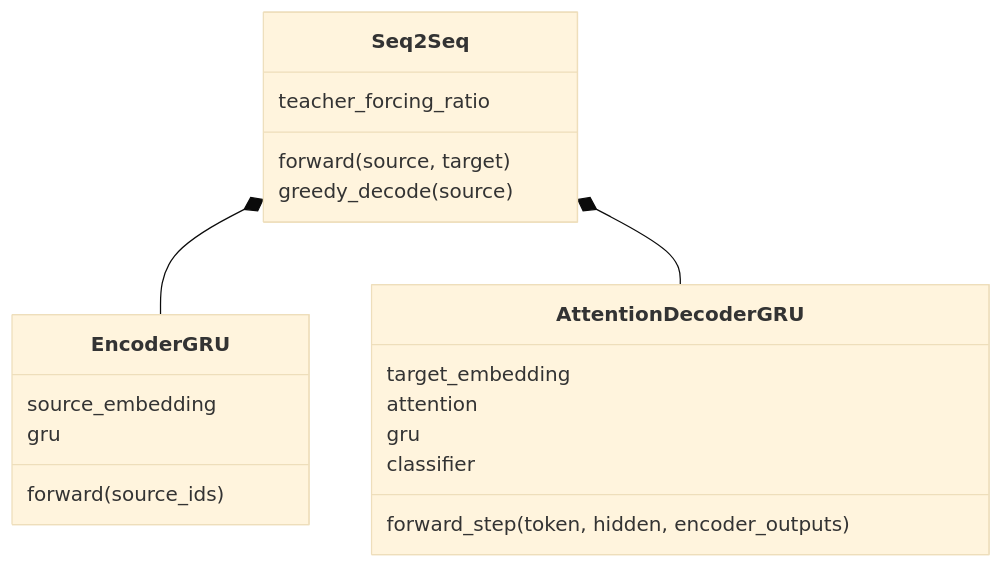
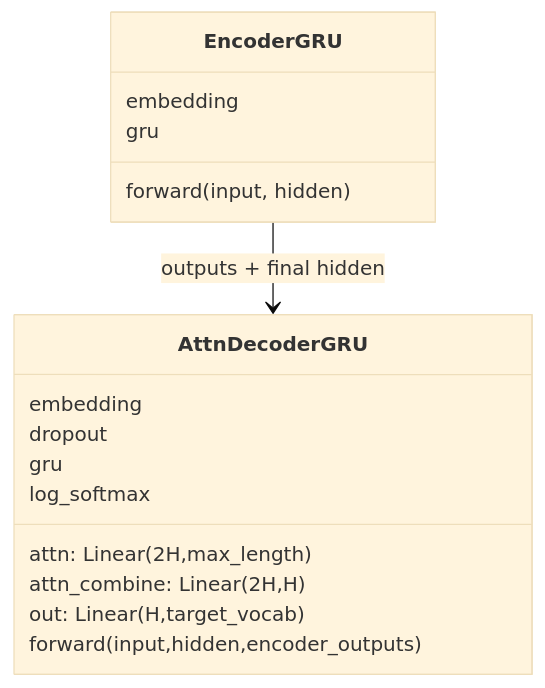
The third of 3 diagrams in notes/seq2seq-translation/01-translation-requirements.md (luyunix/nlp_study), drawn with Mermaid (base theme) before and after one commit. The commit also changed other lines of this file and 66 other files, not shown here.

````diff
--- a/notes/seq2seq-translation/01-translation-requirements.md
+++ b/notes/seq2seq-translation/01-translation-requirements.md
@@ -48,22 +48,19 @@
 ```mermaid
 classDiagram
     class EncoderGRU {
-      source_embedding
+      embedding
       gru
-      forward(source_ids)
+      forward(input, hidden)
     }
-    class AttentionDecoderGRU {
-      target_embedding
-      attention
+    class AttnDecoderGRU {
+      embedding
+      dropout
+      attn: Linear(2H,max_length)
+      attn_combine: Linear(2H,H)
       gru
-      classifier
-      forward_step(token, hidden, encoder_outputs)
+      out: Linear(H,target_vocab)
+      log_softmax
+      forward(input,hidden,encoder_outputs)
     }
-    class Seq2Seq {
-      teacher_forcing_ratio
-      forward(source, target)
-      greedy_decode(source)
-    }
-    Seq2Seq *-- EncoderGRU
-    Seq2Seq *-- AttentionDecoderGRU
+    EncoderGRU --> AttnDecoderGRU : outputs + final hidden
 ```
````
